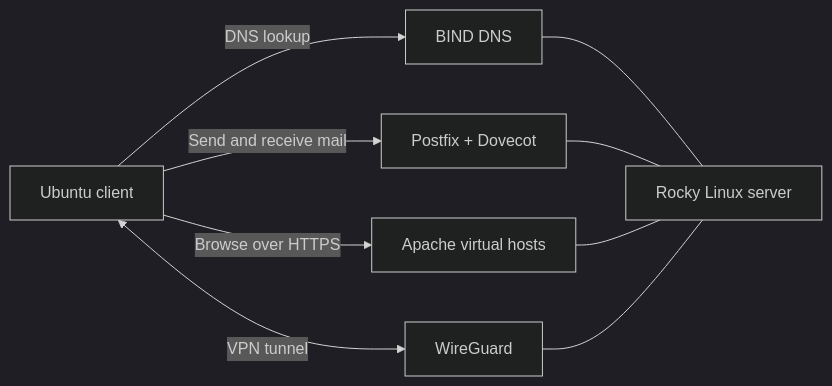
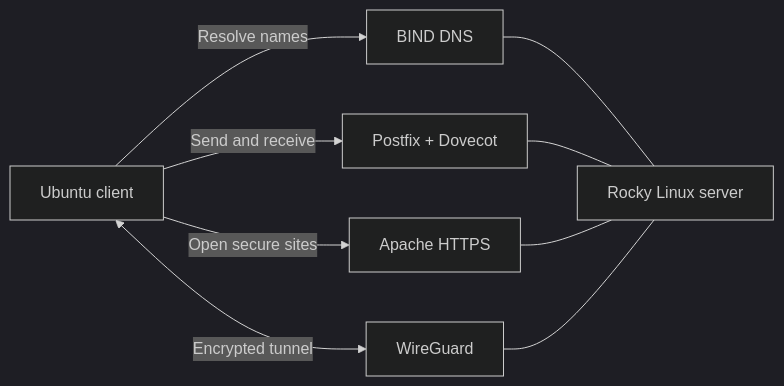
One commit to 46n/linux-network-services-project changed the diagram in README.md. Above: the diagram before and after it, drawn with Mermaid (dark theme). The commit also changed other lines of this file, not shown here.

````diff
--- a/README.md
+++ b/README.md
@@ -18,8 +11,8 @@
 ```mermaid
 flowchart LR
-    Client[Ubuntu client] -->|DNS lookup| DNS[BIND DNS]
-    Client -->|Send and receive mail| Mail[Postfix + Dovecot]
-    Client -->|Browse over HTTPS| Web[Apache virtual hosts]
-    Client <-->|VPN tunnel| VPN[WireGuard]
+    Client[Ubuntu client] -->|Resolve names| DNS[BIND DNS]
+    Client -->|Send and receive| Mail[Postfix + Dovecot]
+    Client -->|Open secure sites| Web[Apache HTTPS]
+    Client <-->|Encrypted tunnel| VPN[WireGuard]
     DNS & Mail & Web & VPN --- Server[Rocky Linux server]
 ```
````
